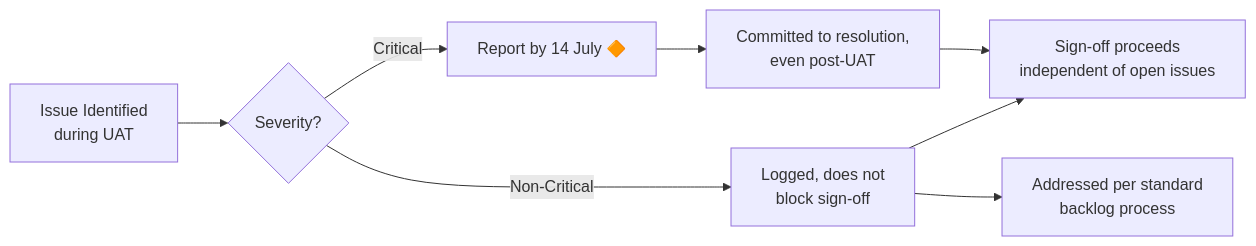
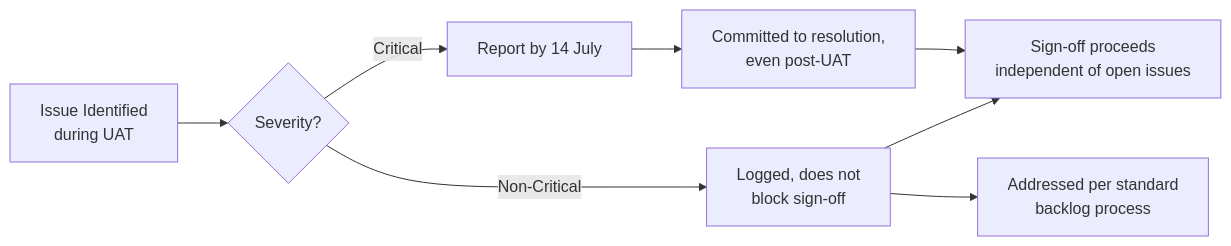
One commit to ahmad-paysys/UAT-Tazama-documentation changed the third of 3 diagrams in docs/UAT_Scope_Definition-Draft.md. Above: the diagram before and after it, drawn with Mermaid. The commit also changed other lines of this file, not shown here.

````diff
--- a/docs/UAT_Scope_Definition-Draft.md
+++ b/docs/UAT_Scope_Definition-Draft.md
@@ -121,10 +120,10 @@
 ```mermaid
 flowchart LR
     A[Issue Identified<br/>during UAT] --> B{Severity?}
-    B -->|Critical| C[Report by 14 July 🔶]
+    B -->|Critical| C[Report by 14 July]
     B -->|Non-Critical| D[Logged, does not<br/>block sign-off]
     C --> E[Committed to resolution,<br/>even post-UAT]
     D --> F[Addressed per standard<br/>backlog process]
     E --> G[Sign-off proceeds<br/>independent of open issues]
     D --> G
 ```
````
